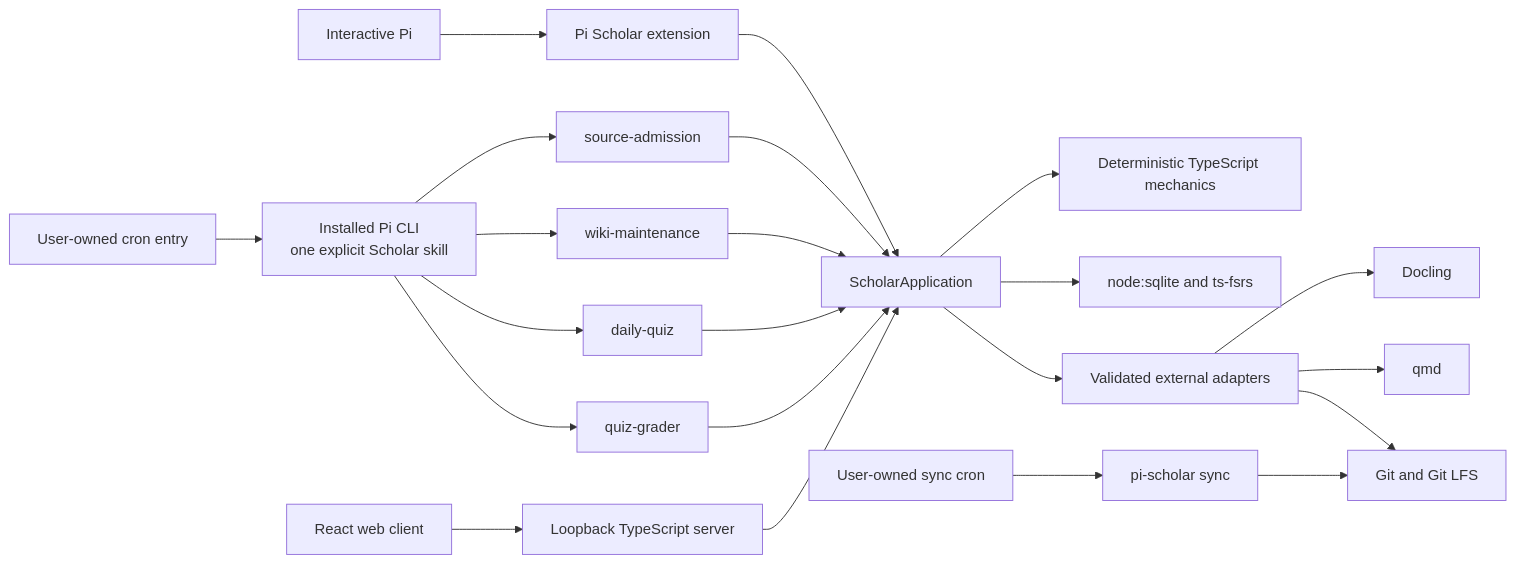
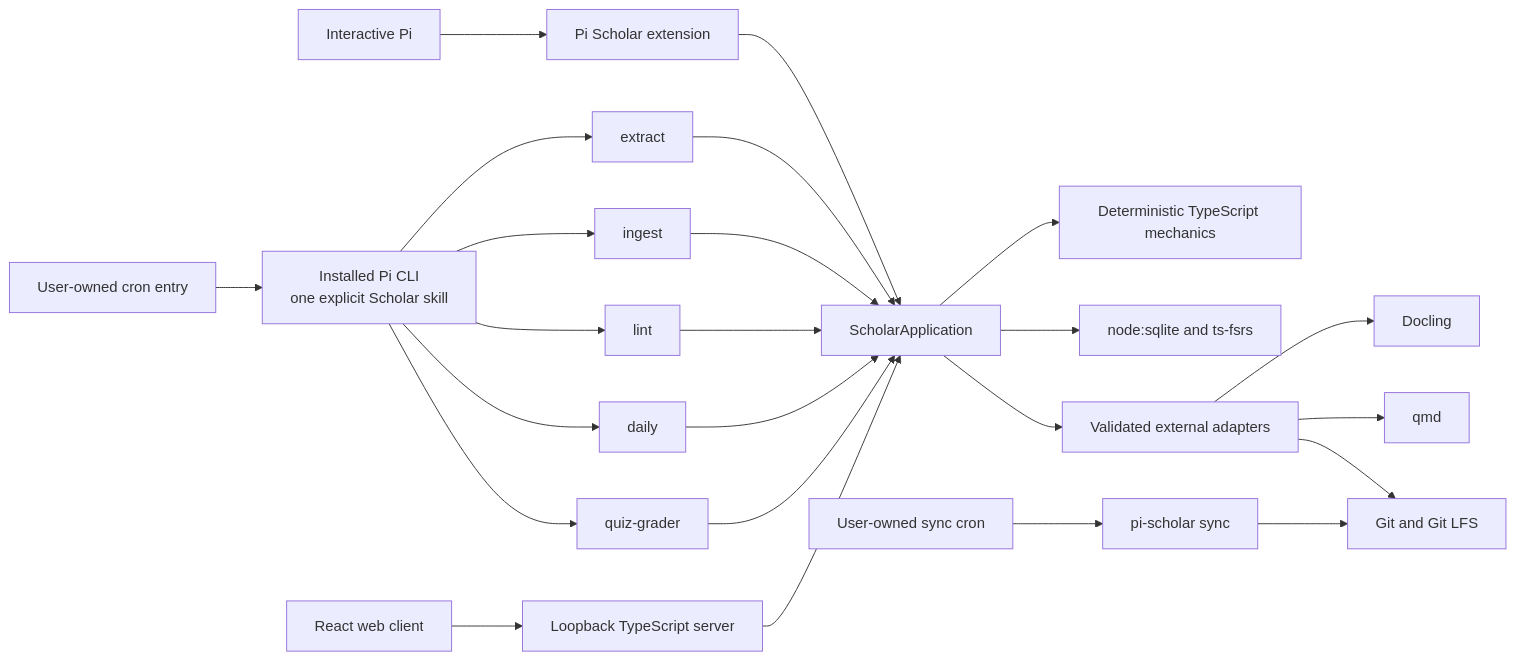
The second of 2 diagrams in pi-scholar.md (N-F9/pi-scholar), drawn with Mermaid before and after one commit. The commit also changed other lines of this file and 25 other files, not shown here.

````diff
--- a/pi-scholar.md
+++ b/pi-scholar.md
@@ -270,24 +277,26 @@
 ```mermaid
 flowchart LR
     Interactive[Interactive Pi] --> Extension[Pi Scholar extension]
     Cron[User-owned cron entry] --> Pi[Installed Pi CLI\none explicit Scholar skill]
-    Pi --> Admission[source-admission]
-    Pi --> Maintenance[wiki-maintenance]
-    Pi --> Quiz[daily-quiz]
+    Pi --> Extract[extract]
+    Pi --> Ingest[ingest]
+    Pi --> Lint[lint]
+    Pi --> Daily[daily]
     Pi --> Grader[quiz-grader]
     Web[React web client] --> Server[Loopback TypeScript server]
     Extension --> App[ScholarApplication]
-    Admission --> App
-    Maintenance --> App
-    Quiz --> App
+    Extract --> App
+    Ingest --> App
+    Lint --> App
+    Daily --> App
     Grader --> App
     Server --> App
     App --> Mechanics[Deterministic TypeScript mechanics]
     App --> SQLite[node:sqlite and ts-fsrs]
     App --> External[Validated external adapters]
     External --> Docling[Docling]
     External --> Qmd[qmd]
     External --> Git[Git and Git LFS]
     SyncCron[User-owned sync cron] --> Sync[pi-scholar sync]
     Sync --> Git
 ```
````
